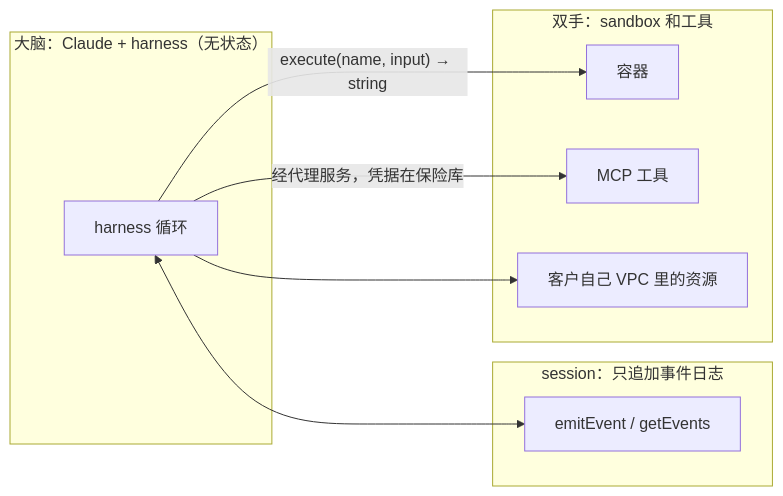
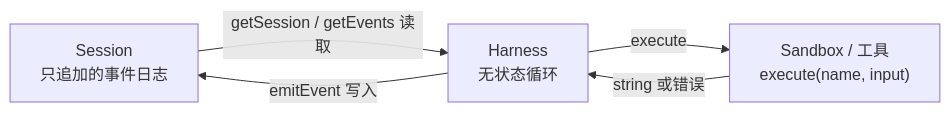
The second of 2 diagrams in docs/45-anthropic-managed-agents.md (yzw7489757/ai-coding-videos), drawn with Mermaid before and after one commit. The commit also changed other lines of this file and 9 other files, not shown here.

````diff
--- a/docs/45-anthropic-managed-agents.md
+++ b/docs/45-anthropic-managed-agents.md
@@ -51,18 +127,10 @@
 ```mermaid
 flowchart LR
-    subgraph Brain["大脑：Claude + harness（无状态）"]
-        H["harness 循环"]
-    end
-    subgraph Session["session：只追加事件日志"]
-        L["emitEvent / getEvents"]
-    end
-    subgraph Hands["双手：sandbox 和工具"]
-        S1["容器"]
-        S2["MCP 工具"]
-        S3["客户自己 VPC 里的资源"]
-    end
-    H <--> L
-    H -- "execute(name, input) → string" --> S1
-    H -- "经代理服务，凭据在保险库" --> S2
-    H --> S3
+    S["Session<br/>只追加的事件日志"]
+    H["Harness<br/>无状态循环"]
+    X["Sandbox / 工具<br/>execute(name, input)"]
+    H -- "emitEvent 写入" --> S
+    S -- "getSession / getEvents 读取" --> H
+    H -- "execute" --> X
+    X -- "string 或错误" --> H
 ```
````
